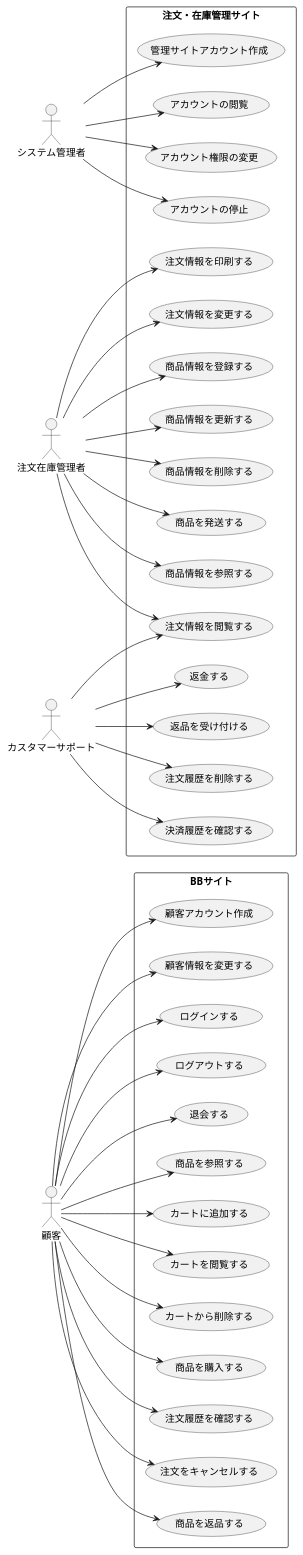
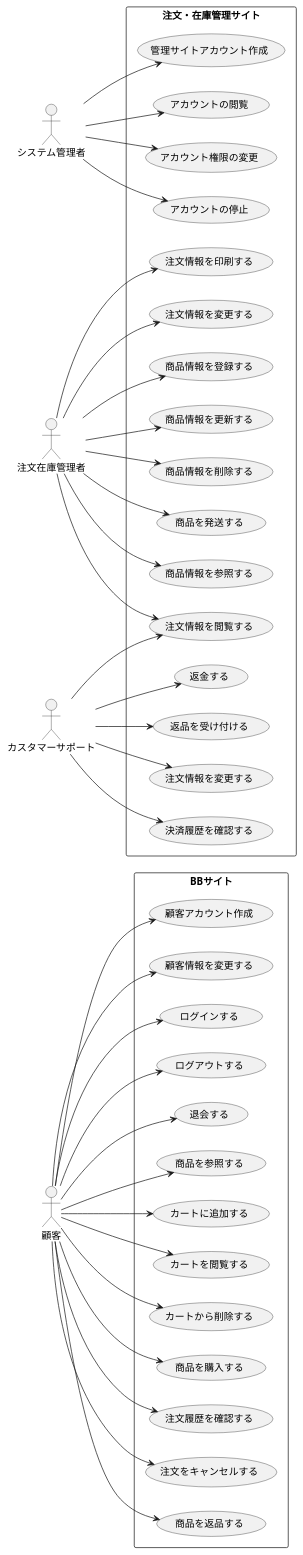
Before and after one commit to FujikawaHirono0520/group3_1_dogdog: the diagram in BB/usecase.pu, drawn with PlantUML.

Commit message:
【変更】CSのユースケースを修正

```diff
--- a/BB/usecase.pu
+++ b/BB/usecase.pu
@@ -1,80 +1,80 @@
 @startuml BB注文管理システムユースケース図
 left to right direction
 actor 顧客 as U
 
 actor システム管理者 as M
 
 actor 注文在庫管理者 as SM
 
 actor カスタマーサポート as CS
 
 rectangle BBサイト {
   usecase "顧客アカウント作成" as UC1
   usecase "顧客情報を変更する" as UC2
   usecase "ログインする" as UC3
   usecase "ログアウトする" as UC4
   usecase "退会する" as UC5
   usecase "商品を参照する" as UC6
   usecase "カートに追加する" as UC7
   usecase "カートを閲覧する" as UC8
   usecase "カートから削除する" as UC9
   usecase "商品を購入する" as UC10
   usecase "注文履歴を確認する" as UC11
   usecase "注文をキャンセルする" as UC12
   usecase "商品を返品する" as UC13
 }
 
 rectangle 注文・在庫管理サイト {
   usecase "管理サイトアカウント作成" as UC14
   usecase "アカウントの閲覧" as UC15
   usecase "アカウント権限の変更" as UC16
   usecase "アカウントの停止" as UC17
   usecase "商品情報を登録する" as UC18
   usecase "商品情報を更新する" as UC19
   usecase "商品情報を削除する" as UC20
   usecase "商品を発送する" as UC21
   usecase "商品情報を参照する" as UC22
   usecase "注文情報を印刷する" as UC23
   usecase "注文情報を閲覧する" as UC24
   usecase "注文情報を変更する" as UC25
   usecase "返金する" as UC26
   usecase "返品を受け付ける" as UC27
-  usecase "注文履歴を削除する" as UC28
+  usecase "注文情報を変更する" as UC28
   usecase "決済履歴を確認する" as UC29
 }
 
 U --> UC1
 U --> UC2
 U --> UC3
 U --> UC4
 U --> UC5
 U --> UC6
 U --> UC7
 U --> UC8
 U --> UC9
 U --> UC10
 U --> UC11
 U --> UC12
 U --> UC13
 
 M --> UC14
 M --> UC15
 M --> UC16
 M --> UC17
 
 SM --> UC18
 SM --> UC19
 SM --> UC20
 SM --> UC21
 SM --> UC22
 SM --> UC23
 SM --> UC24
 SM --> UC25
 
 CS --> UC24
 CS --> UC26
 CS --> UC27
 CS --> UC28
 CS --> UC29
 
 @enduml
```
